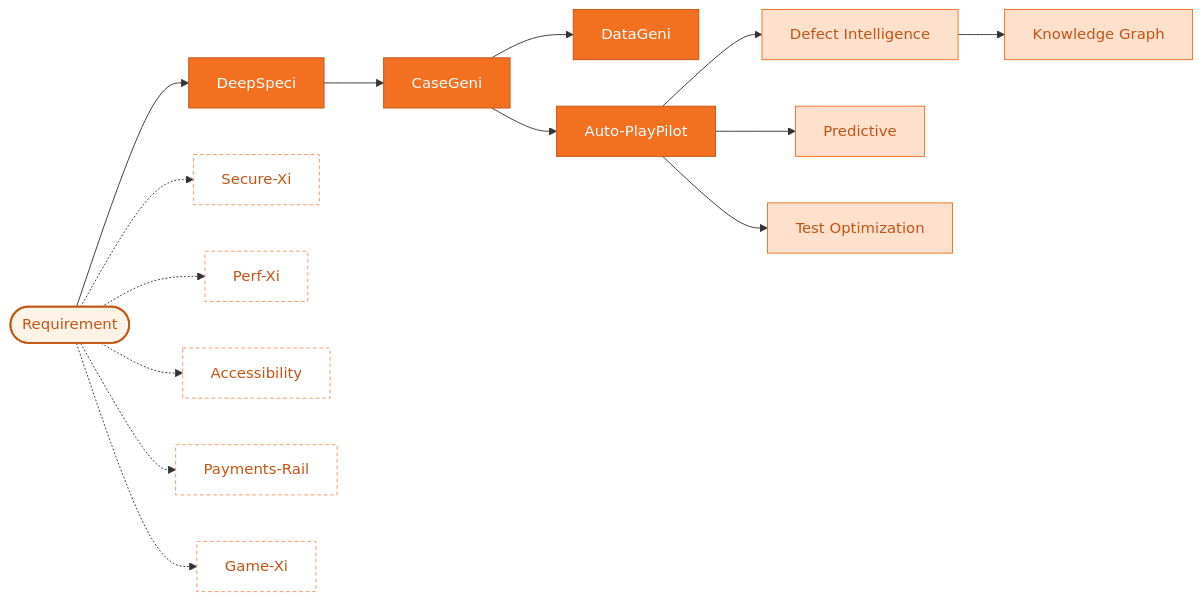
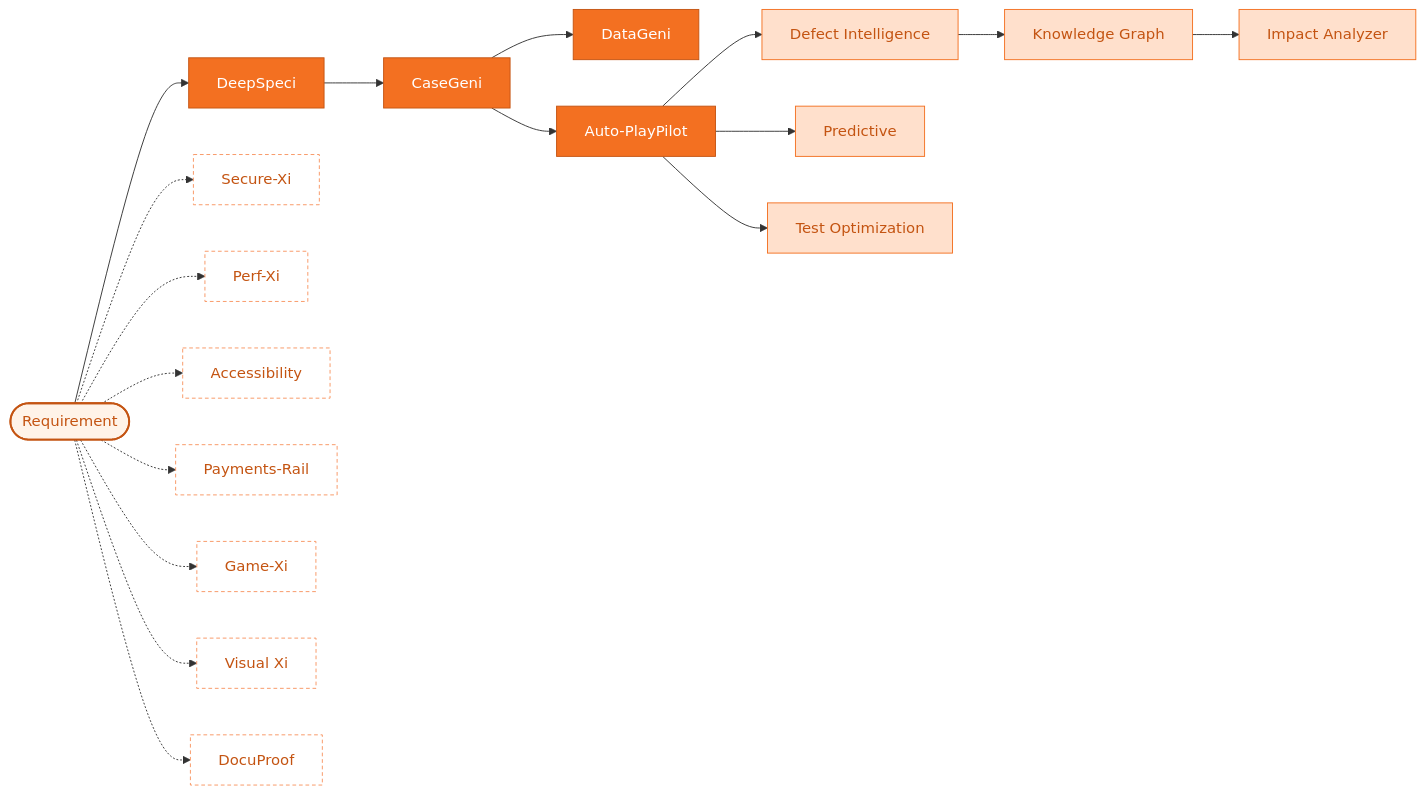
The diagram in docs/index.md (QE-CoE/zenseaiqicookbook), drawn with Mermaid before and after one commit. The commit also changed other lines of this file and 34 other files, not shown here.

````diff
--- a/docs/index.md
+++ b/docs/index.md
@@ -80,22 +80,25 @@
 ```mermaid
 flowchart LR
   R([Requirement]):::input --> DS[DeepSpeci]:::core
   DS --> CG[CaseGeni]:::core
   CG --> DG[DataGeni]:::core
   CG --> APP[Auto-PlayPilot]:::core
   APP --> DI[Defect Intelligence]:::quality
   DI --> KG[Knowledge Graph]:::quality
+  KG --> IA[Impact Analyzer]:::quality
   APP --> PI[Predictive]:::quality
   APP --> TO[Test Optimization]:::quality
 
   R -.-> SX[Secure-Xi]:::spec
   R -.-> PX[Perf-Xi]:::spec
   R -.-> AC[Accessibility]:::spec
   R -.-> PR[Payments-Rail]:::spec
   R -.-> GX[Game-Xi]:::spec
+  R -.-> VX[Visual Xi]:::spec
+  R -.-> DP[DocuProof]:::spec
 
   classDef input  fill:#FFF3E8,stroke:#C45412,stroke-width:2px,color:#C45412;
   classDef core   fill:#F37021,stroke:#C45412,color:#fff;
   classDef quality fill:#FFE0CC,stroke:#F37021,color:#C45412;
   classDef spec   fill:#FFFFFF,stroke:#F89561,color:#C45412,stroke-dasharray:4 3;
 ```
````
